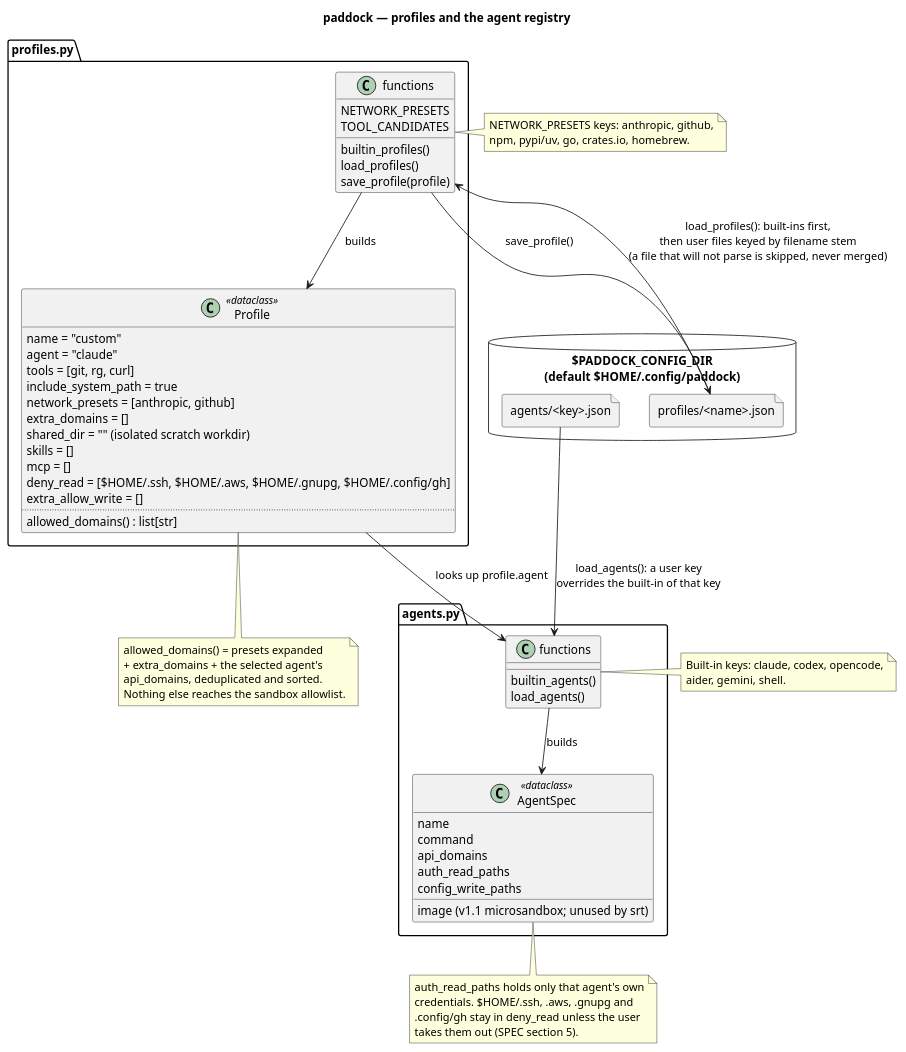
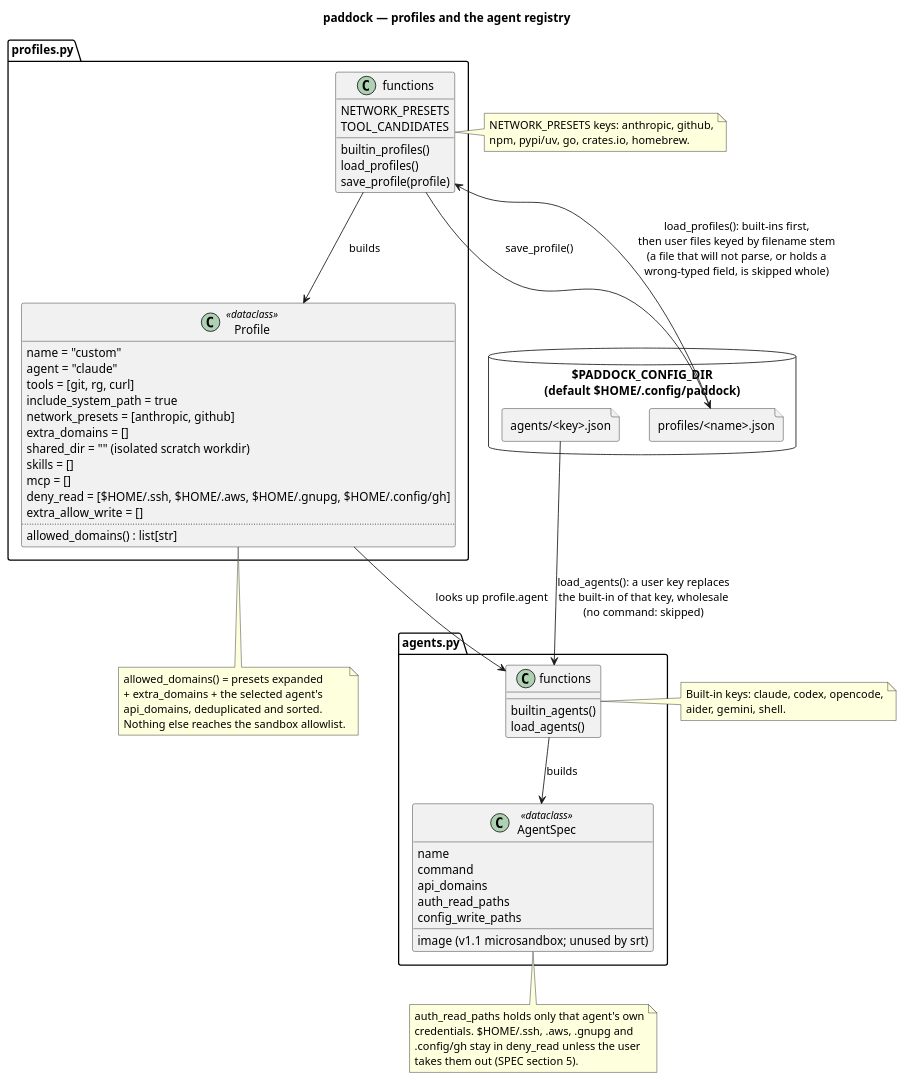
The diagram in docs/diagrams/profiles_and_agents.puml (paddock-sh/paddock), drawn with PlantUML before and after one commit. The commit also changed 6 other files, not shown here.

First line of the commit message:
fix: validate list elements and profile names, correct agent domains

```diff
--- a/docs/diagrams/profiles_and_agents.puml
+++ b/docs/diagrams/profiles_and_agents.puml
@@ -1,85 +1,85 @@
 @startuml profiles_and_agents
 title paddock — profiles and the agent registry
 
 allowmixing
 set separator none
 skinparam shadowing false
 skinparam classAttributeIconSize 0
 
 package "profiles.py" {
   class Profile <<dataclass>> {
     name = "custom"
     agent = "claude"
     tools = [git, rg, curl]
     include_system_path = true
     network_presets = [anthropic, github]
     extra_domains = []
     shared_dir = "" (isolated scratch workdir)
     skills = []
     mcp = []
     deny_read = [$HOME/.ssh, $HOME/.aws, $HOME/.gnupg, $HOME/.config/gh]
     extra_allow_write = []
     ..
     allowed_domains() : list[str]
   }
   class "functions" as ProfileFns {
     NETWORK_PRESETS
     TOOL_CANDIDATES
     builtin_profiles()
     load_profiles()
     save_profile(profile)
   }
 }
 
 package "agents.py" {
   class AgentSpec <<dataclass>> {
     name
     command
     api_domains
     auth_read_paths
     config_write_paths
     image (v1.1 microsandbox; unused by srt)
   }
   class "functions" as AgentFns {
     builtin_agents()
     load_agents()
   }
 }
 
 database "$PADDOCK_CONFIG_DIR\n(default $HOME/.config/paddock)" as ConfigDir {
   file "profiles/<name>.json" as ProfileFiles
   file "agents/<key>.json" as AgentFiles
 }
 
 ProfileFns --> Profile : builds
 AgentFns --> AgentSpec : builds
-ProfileFiles --> ProfileFns : load_profiles(): built-ins first,\nthen user files keyed by filename stem\n(a file that will not parse is skipped, never merged)
+ProfileFiles --> ProfileFns : load_profiles(): built-ins first,\nthen user files keyed by filename stem\n(a file that will not parse, or holds a\nwrong-typed field, is skipped whole)
 ProfileFns --> ProfileFiles : save_profile()
-AgentFiles --> AgentFns : load_agents(): a user key\noverrides the built-in of that key
+AgentFiles --> AgentFns : load_agents(): a user key replaces\nthe built-in of that key, wholesale\n(no command: skipped)
 Profile --> AgentFns : looks up profile.agent
 
 note right of ProfileFns
   NETWORK_PRESETS keys: anthropic, github,
   npm, pypi/uv, go, crates.io, homebrew.
 end note
 
 note right of AgentFns
   Built-in keys: claude, codex, opencode,
   aider, gemini, shell.
 end note
 
 note bottom of Profile
   allowed_domains() = presets expanded
   + extra_domains + the selected agent's
   api_domains, deduplicated and sorted.
   Nothing else reaches the sandbox allowlist.
 end note
 
 note bottom of AgentSpec
   auth_read_paths holds only that agent's own
   credentials. $HOME/.ssh, .aws, .gnupg and
   .config/gh stay in deny_read unless the user
   takes them out (SPEC section 5).
 end note
 
 @enduml
```
